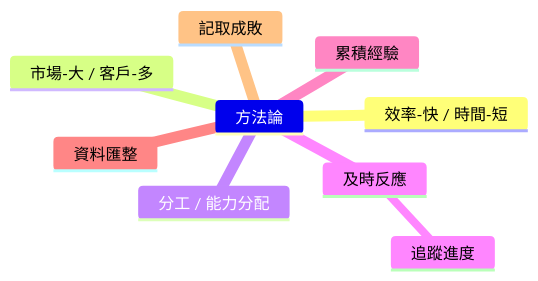
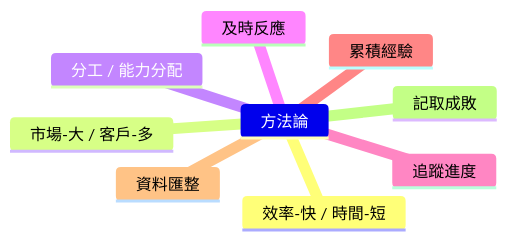
One commit to lankahsu520/HelperX changed the third of 3 diagrams in helper_DevelopmentandManage.md. Above: the diagram before and after it, drawn with Mermaid.

Commit message:
update helper_DevelopmentandManage.md, 5. 精神與期許

````diff
--- a/helper_DevelopmentandManage.md
+++ b/helper_DevelopmentandManage.md
@@ -353,12 +353,12 @@
 ```mermaid
 mindmap
 	方法論
 		效率-快 / 時間-短
 		市場-大 / 客戶-多
 		分工 / 能力分配
 		及時反應
-    追蹤進度
+		追蹤進度
 		累積經驗
 		資料匯整
 		記取成敗
 ```
````
